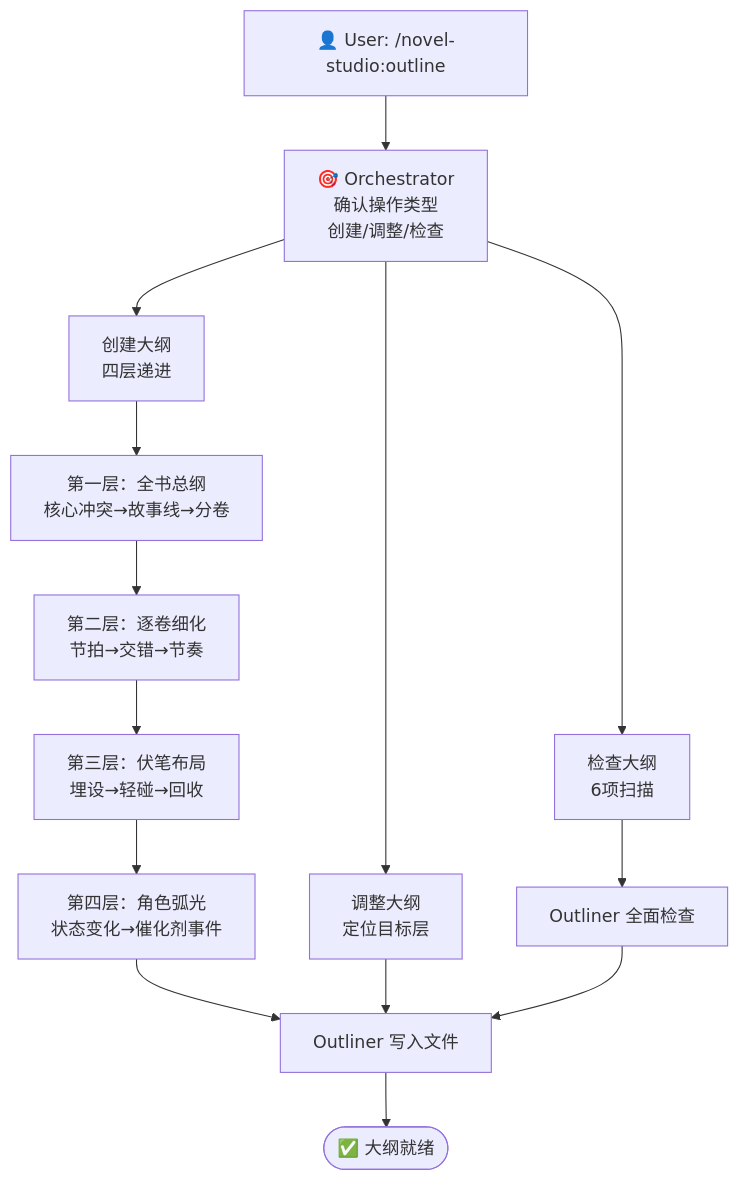
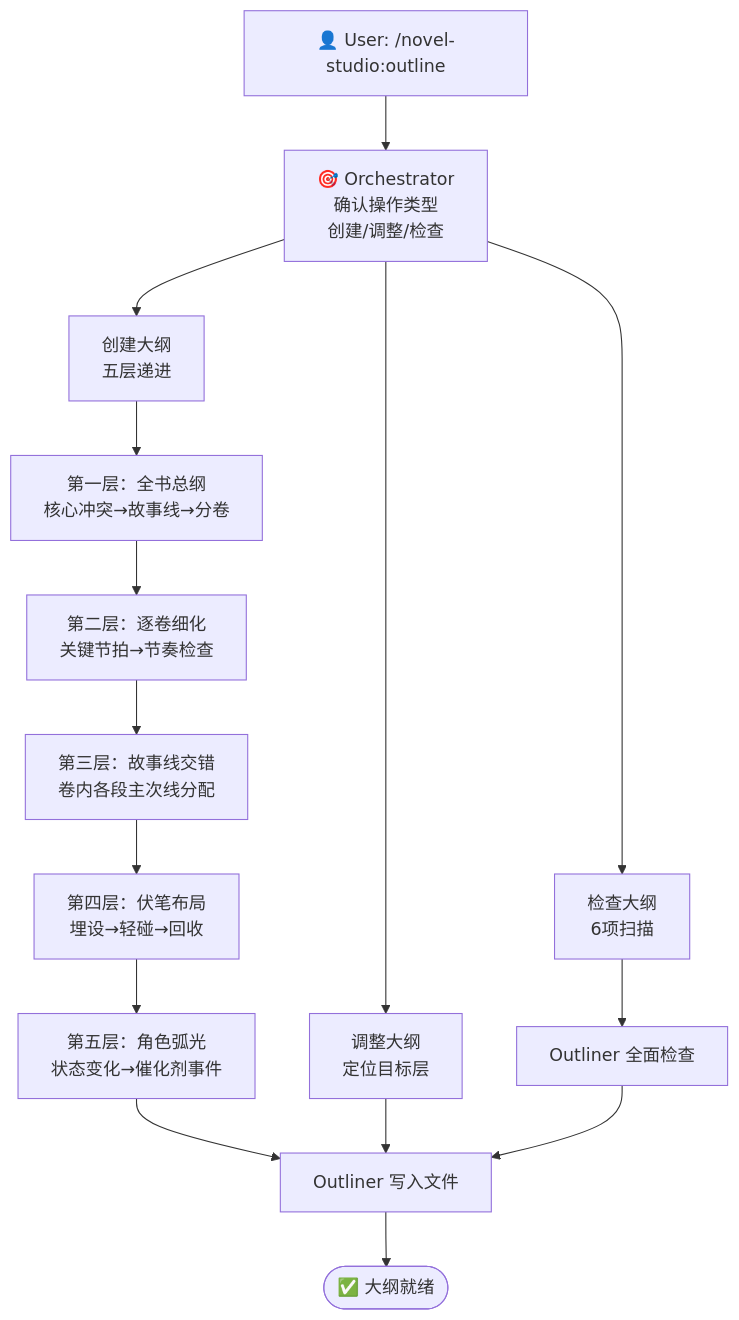
One commit to deathwhispers/novel-studio changed the fifth of 8 diagrams in workflows/pipeline.md. Above: the diagram before and after it, drawn with Mermaid. The commit also changed other lines of this file and 4 other files, not shown here.

````diff
--- a/workflows/pipeline.md
+++ b/workflows/pipeline.md
@@ -127,21 +127,22 @@
 ```mermaid
 flowchart TD
     User["👤 User: /novel-studio:outline"]
     Orchestrator["🎯 Orchestrator<br/>确认操作类型<br/>创建/调整/检查"]
 
     User --> Orchestrator
 
-    Orchestrator --> Create["创建大纲<br/>四层递进"]
+    Orchestrator --> Create["创建大纲<br/>五层递进"]
     Orchestrator --> Adjust["调整大纲<br/>定位目标层"]
     Orchestrator --> Review["检查大纲<br/>6项扫描"]
 
     Create --> Layer1["第一层：全书总纲<br/>核心冲突→故事线→分卷"]
-    Layer1 --> Layer2["第二层：逐卷细化<br/>节拍→交错→节奏"]
-    Layer2 --> Layer3["第三层：伏笔布局<br/>埋设→轻碰→回收"]
-    Layer3 --> Layer4["第四层：角色弧光<br/>状态变化→催化剂事件"]
-    Layer4 --> OutlinerGen["Outliner 写入文件"]
+    Layer1 --> Layer2["第二层：逐卷细化<br/>关键节拍→节奏检查"]
+    Layer2 --> Layer3["第三层：故事线交错<br/>卷内各段主次线分配"]
+    Layer3 --> Layer4["第四层：伏笔布局<br/>埋设→轻碰→回收"]
+    Layer4 --> Layer5["第五层：角色弧光<br/>状态变化→催化剂事件"]
+    Layer5 --> OutlinerGen["Outliner 写入文件"]
     Adjust --> OutlinerGen
     Review --> OutlinerCheck["Outliner 全面检查"]
     OutlinerCheck --> OutlinerGen
     OutlinerGen --> Done(["✅ 大纲就绪"])
 ```
````
